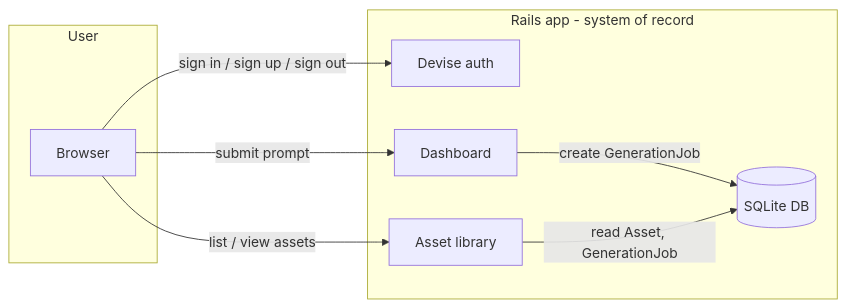
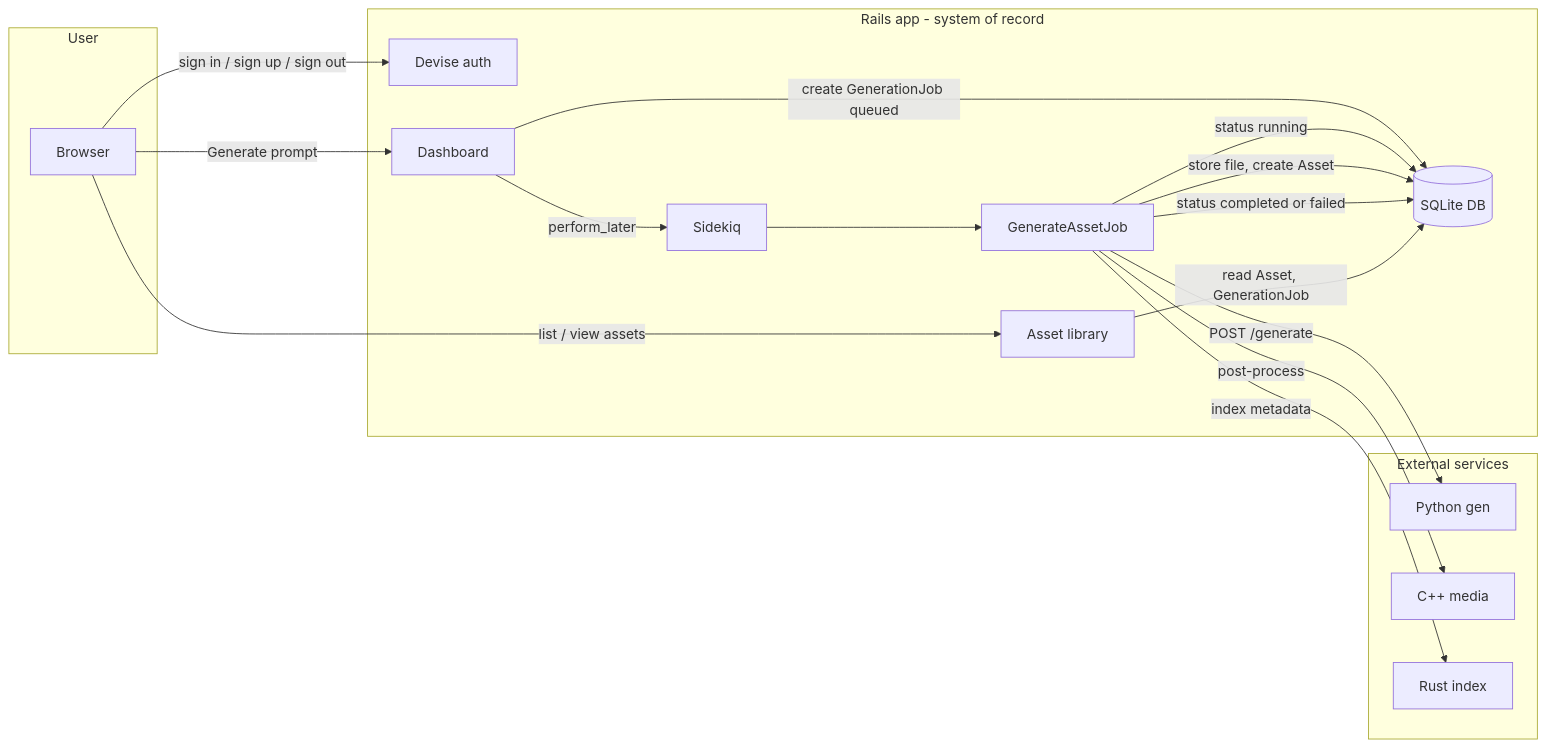
The diagram in docs/data-flow.md (protektiq/forgeai), drawn with Mermaid before and after one commit. The commit also changed other lines of this file and 19 other files, not shown here.

````diff
--- a/docs/data-flow.md
+++ b/docs/data-flow.md
@@ -5,17 +5,32 @@
 ```mermaid
 flowchart LR
   subgraph users [User]
     Browser[Browser]
   end
   subgraph rails [Rails app - system of record]
     Auth[Devise auth]
     Dashboard[Dashboard]
+    DB[(SQLite DB)]
+    JobQueue[Sidekiq]
+    Worker[GenerateAssetJob]
     Assets[Asset library]
-    DB[(SQLite DB)]
+  end
+  subgraph external [External services]
+    PythonGen[Python gen]
+    CppMedia[C++ media]
+    RustIndex[Rust index]
   end
   Browser -->|sign in / sign up / sign out| Auth
-  Browser -->|submit prompt| Dashboard
-  Dashboard -->|create GenerationJob| DB
+  Browser -->|"Generate" prompt| Dashboard
+  Dashboard -->|create GenerationJob queued| DB
+  Dashboard -->|perform_later| JobQueue
+  JobQueue --> Worker
+  Worker -->|status running| DB
+  Worker -->|POST /generate| PythonGen
+  Worker -->|store file, create Asset| DB
+  Worker -->|post-process| CppMedia
+  Worker -->|index metadata| RustIndex
+  Worker -->|status completed or failed| DB
   Browser -->|list / view assets| Assets
   Assets -->|read Asset, GenerationJob| DB
 ```
````
